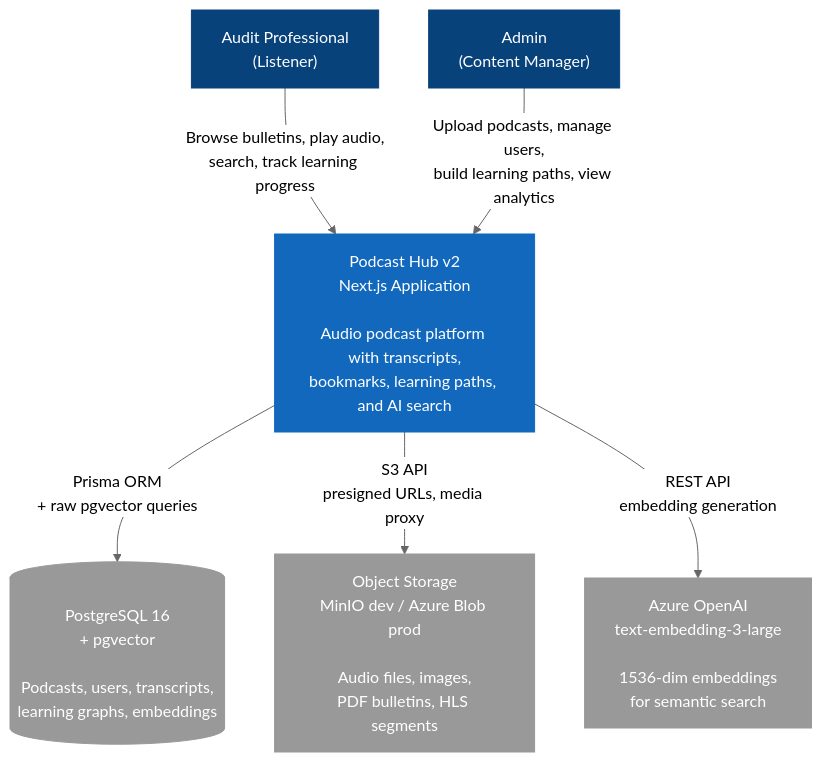
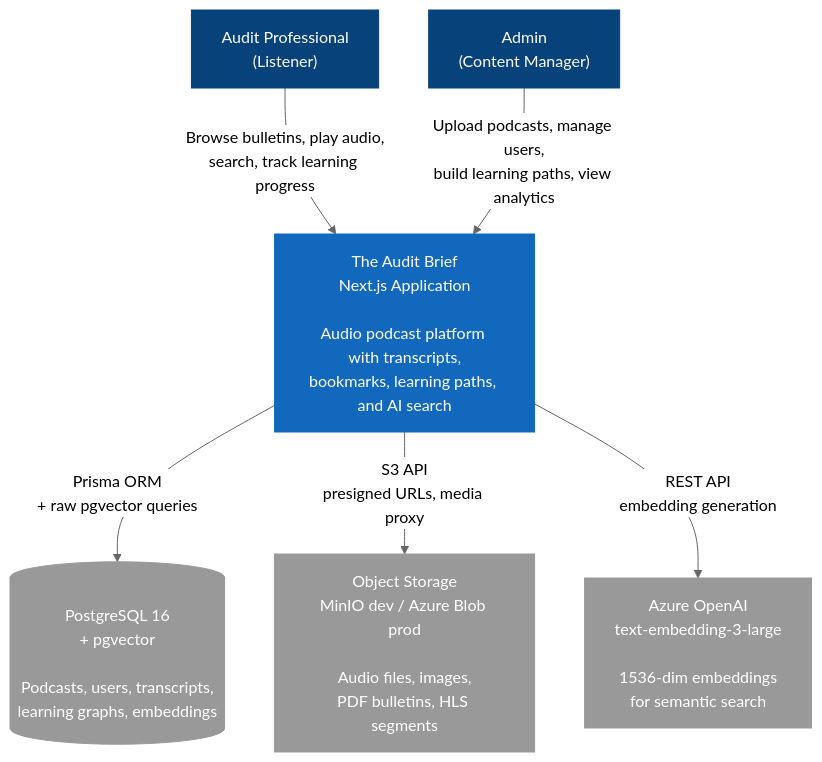
The second of 8 diagrams in docs/architecture/README.md (RoshanJ20/podcasthub), drawn with Mermaid (neutral theme) before and after one commit. The commit also changed other lines of this file and 196 other files, not shown here.

First line of the commit message:
chore: rename app from Podcast Hub to The Audit Brief

````diff
--- a/docs/architecture/README.md
+++ b/docs/architecture/README.md
@@ -107,26 +107,26 @@
 ```mermaid
 graph TB
     User["Audit Professional\n(Listener)"]
     Admin["Admin\n(Content Manager)"]
 
-    System["Podcast Hub v2\nNext.js Application\n\nAudio podcast platform with transcripts,\nbookmarks, learning paths, and AI search"]
+    System["The Audit Brief\nNext.js Application\n\nAudio podcast platform with transcripts,\nbookmarks, learning paths, and AI search"]
 
     PG[("PostgreSQL 16\n+ pgvector\n\nPodcasts, users, transcripts,\nlearning graphs, embeddings")]
     S3["Object Storage\nMinIO dev / Azure Blob prod\n\nAudio files, images,\nPDF bulletins, HLS segments"]
     OpenAI["Azure OpenAI\ntext-embedding-3-large\n\n1536-dim embeddings\nfor semantic search"]
 
     User -->|"Browse bulletins, play audio,\nsearch, track learning progress"| System
     Admin -->|"Upload podcasts, manage users,\nbuild learning paths, view analytics"| System
 
     System -->|"Prisma ORM\n+ raw pgvector queries"| PG
     System -->|"S3 API\npresigned URLs, media proxy"| S3
     System -->|"REST API\nembedding generation"| OpenAI
 
     classDef person fill:#08427b,color:#fff,stroke:#08427b
     classDef system fill:#1168bd,color:#fff,stroke:#1168bd
     classDef external fill:#999,color:#fff,stroke:#999
 
     class User,Admin person
     class System system
     class PG,S3,OpenAI external
 ```
````
